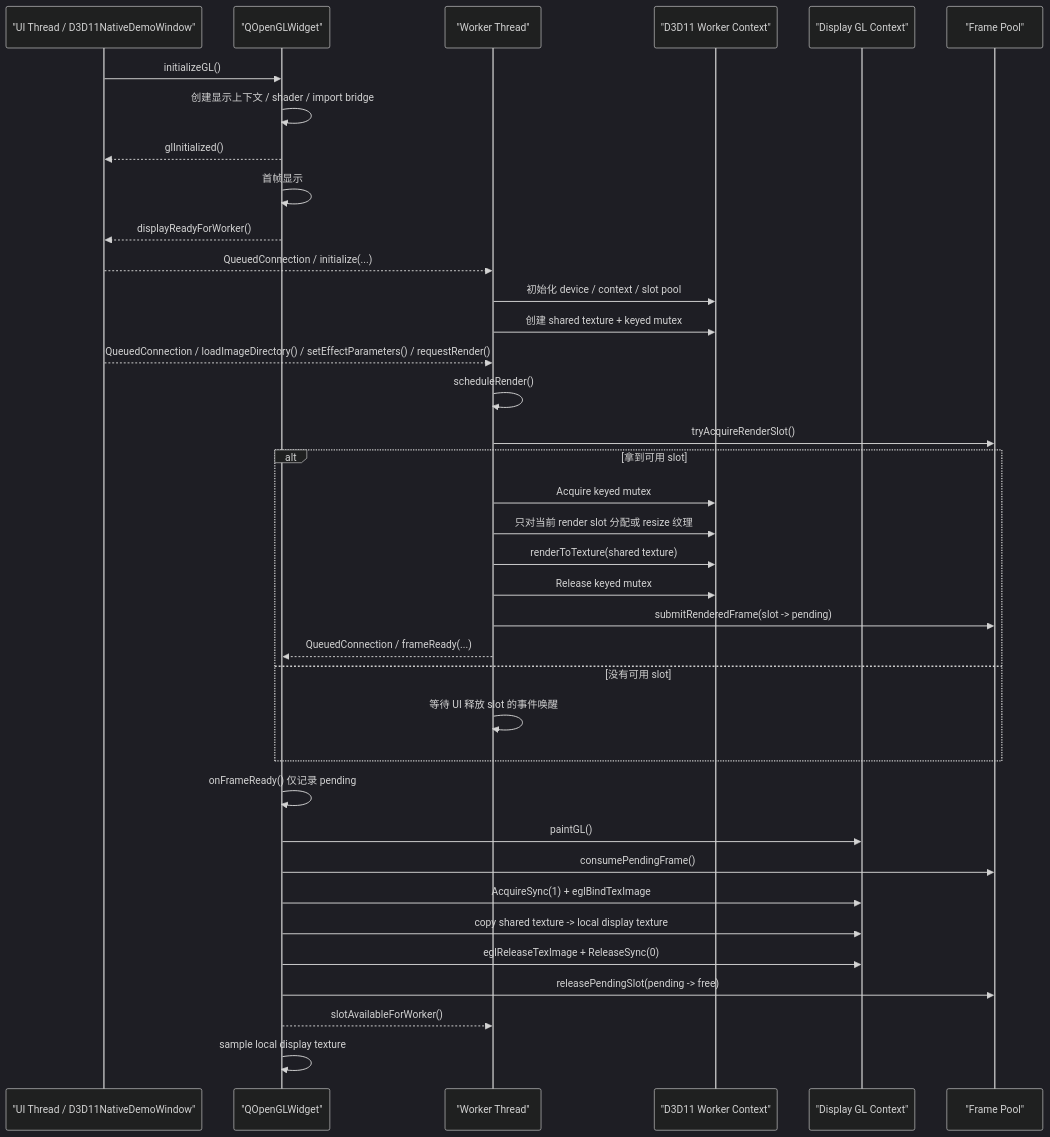
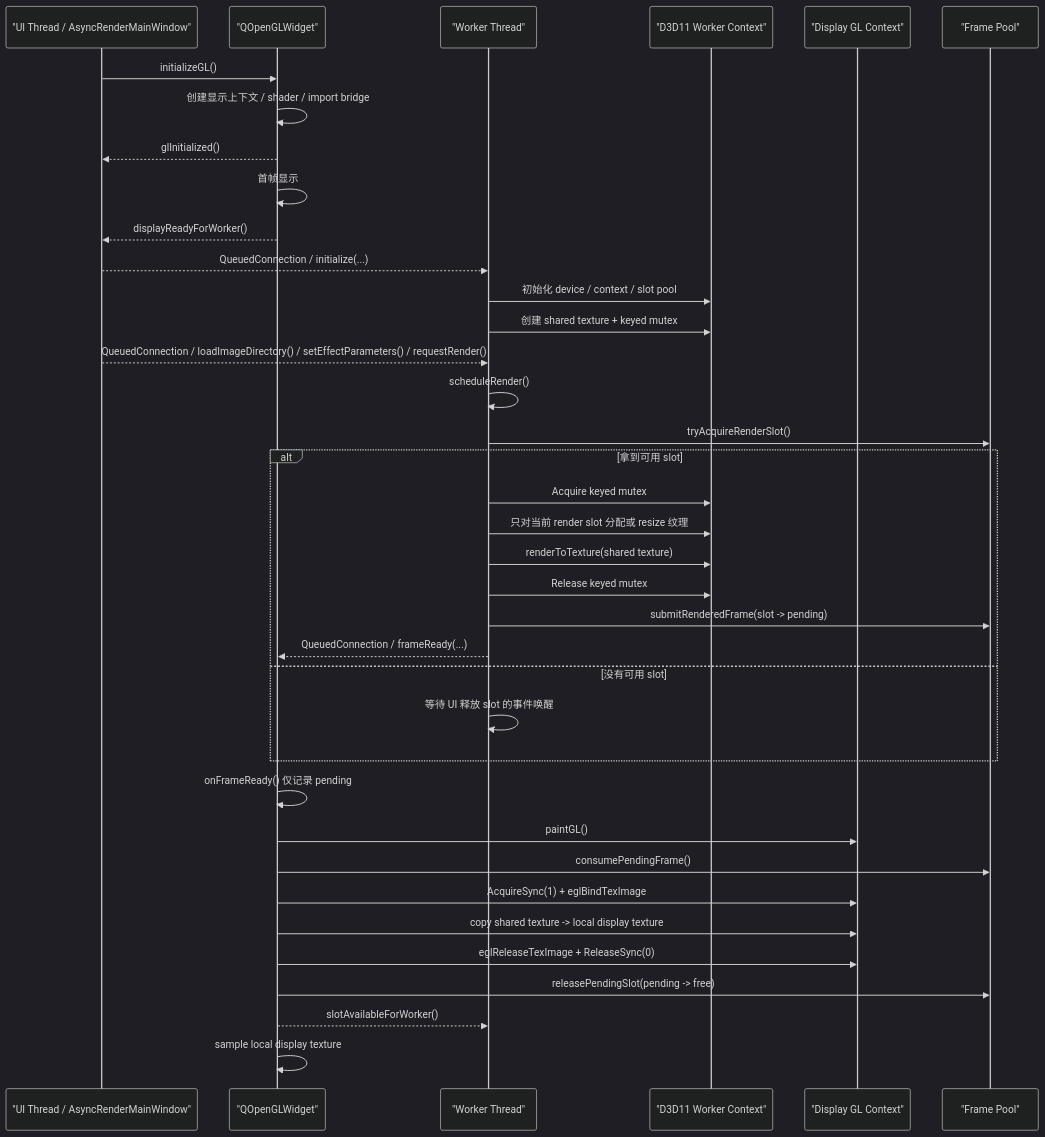
Before and after one commit to Peranger1/Gles2AsyncRender: the diagram in README.md, drawn with Mermaid (dark theme). The commit also changed other lines of this file and 25 other files, not shown here.

````diff
--- a/README.md
+++ b/README.md
@@ -105,45 +105,45 @@
 ```mermaid
 sequenceDiagram
-    participant UI as "UI Thread / D3D11NativeDemoWindow"
+    participant UI as "UI Thread / AsyncRenderMainWindow"
     participant Widget as "QOpenGLWidget"
     participant Worker as "Worker Thread"
     participant D3D as "D3D11 Worker Context"
     participant GL as "Display GL Context"
     participant Pool as "Frame Pool"
 
     UI->>Widget: initializeGL()
     Widget->>Widget: 创建显示上下文 / shader / import bridge
     Widget-->>UI: glInitialized()
 
     Widget->>Widget: 首帧显示
     Widget-->>UI: displayReadyForWorker()
 
     UI-->>Worker: QueuedConnection / initialize(...)
     Worker->>D3D: 初始化 device / context / slot pool
     Worker->>D3D: 创建 shared texture + keyed mutex
 
     UI-->>Worker: QueuedConnection / loadImageDirectory() / setEffectParameters() / requestRender()
     Worker->>Worker: scheduleRender()
     Worker->>Pool: tryAcquireRenderSlot()
 
     alt 拿到可用 slot
         Worker->>D3D: Acquire keyed mutex
         Worker->>D3D: 只对当前 render slot 分配或 resize 纹理
         Worker->>D3D: renderToTexture(shared texture)
         Worker->>D3D: Release keyed mutex
         Worker->>Pool: submitRenderedFrame(slot -> pending)
         Worker-->>Widget: QueuedConnection / frameReady(...)
     else 没有可用 slot
         Worker->>Worker: 等待 UI 释放 slot 的事件唤醒
     end
 
     Widget->>Widget: onFrameReady() 仅记录 pending
     Widget->>GL: paintGL()
     Widget->>Pool: consumePendingFrame()
     Widget->>GL: AcquireSync(1) + eglBindTexImage
     Widget->>GL: copy shared texture -> local display texture
     Widget->>GL: eglReleaseTexImage + ReleaseSync(0)
     Widget->>Pool: releasePendingSlot(pending -> free)
     Widget-->>Worker: slotAvailableForWorker()
     Widget->>Widget: sample local display texture
 ```
````
